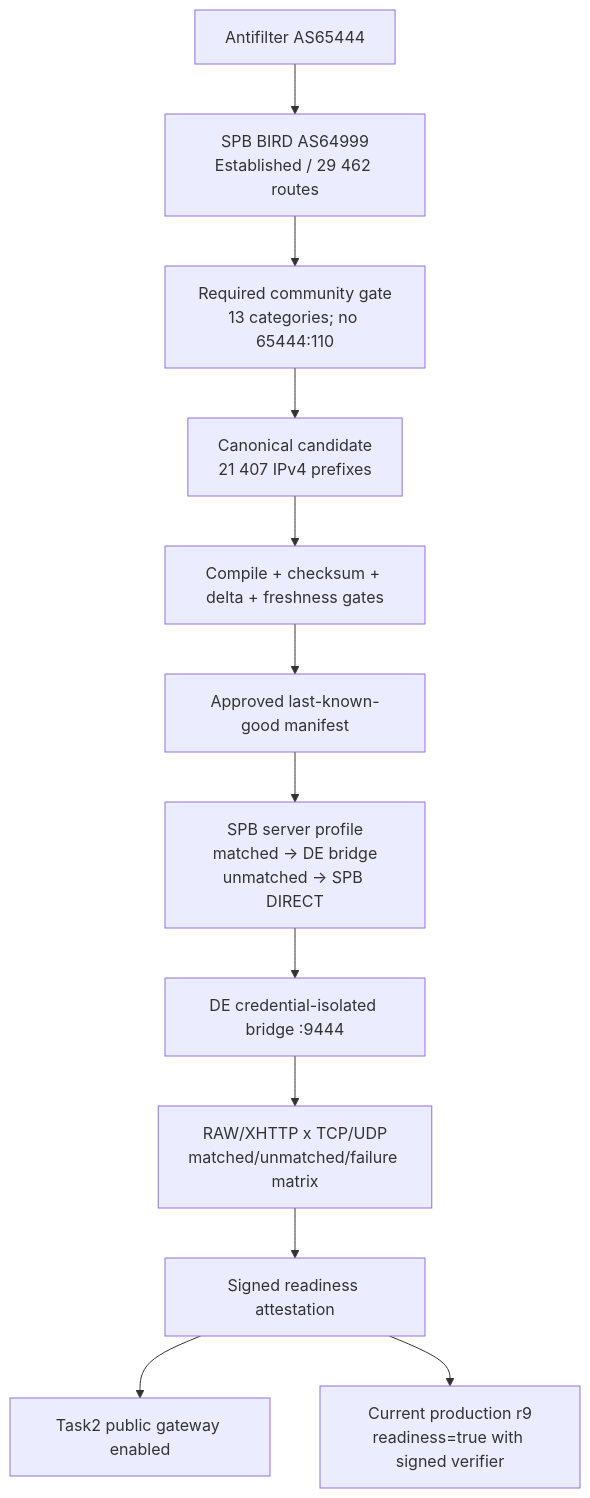
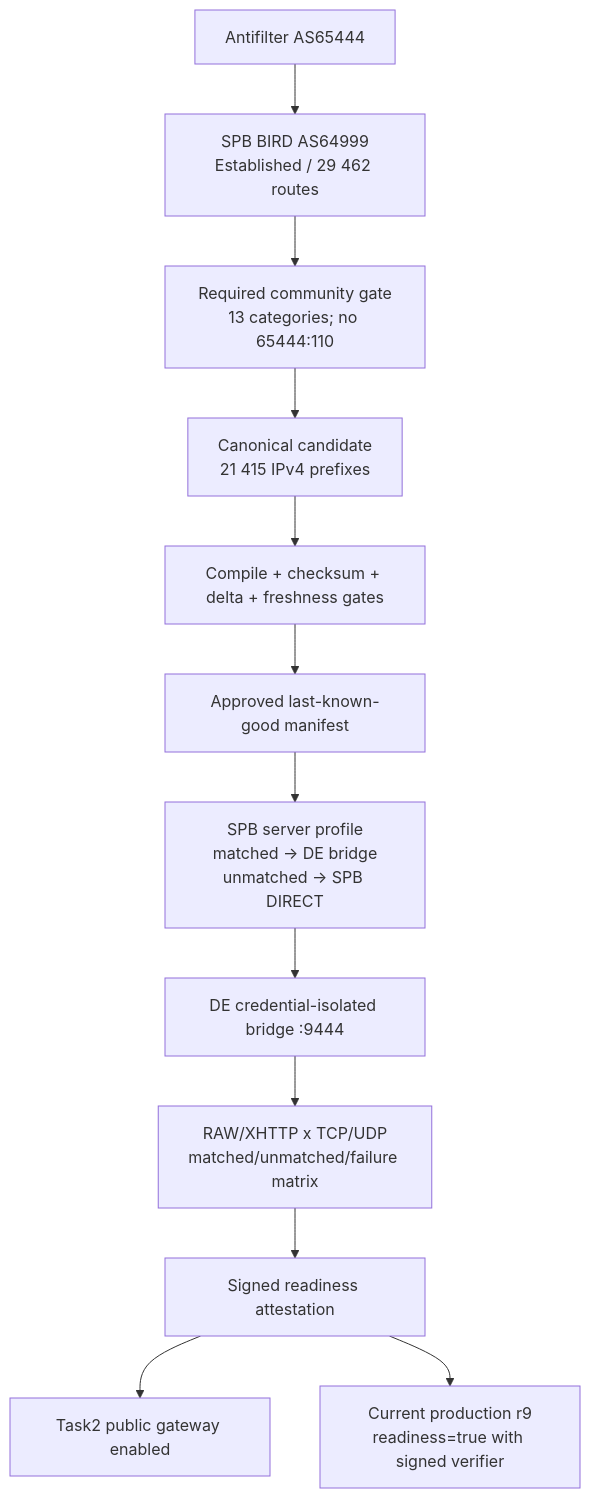
The third of 4 diagrams in docs/architecture/CYBERVPN_PREMIUM_SMART_RU_CURRENT_PRODUCTION_ARCHITECTURE.md (Beep206/CyberVPN), drawn with Mermaid before and after one commit. The commit also changed other lines of this file and 3 other files, not shown here.

````diff
--- a/docs/architecture/CYBERVPN_PREMIUM_SMART_RU_CURRENT_PRODUCTION_ARCHITECTURE.md
+++ b/docs/architecture/CYBERVPN_PREMIUM_SMART_RU_CURRENT_PRODUCTION_ARCHITECTURE.md
@@ -669,14 +670,14 @@
 ```mermaid
 flowchart TD
     AF["Antifilter AS65444"] --> BGP["SPB BIRD AS64999\nEstablished / 29 462 routes"]
     BGP --> PC["Required community gate\n13 categories; no 65444:110"]
-    PC --> CAN["Canonical candidate\n21 407 IPv4 prefixes"]
+    PC --> CAN["Canonical candidate\n21 415 IPv4 prefixes"]
     CAN --> CMP["Compile + checksum + delta + freshness gates"]
     CMP --> LKG["Approved last-known-good manifest"]
     LKG --> SPB["SPB server profile\nmatched -> DE bridge\nunmatched -> SPB DIRECT"]
     SPB --> DE["DE credential-isolated bridge :9444"]
     DE --> MAT["RAW/XHTTP x TCP/UDP\nmatched/unmatched/failure matrix"]
     MAT --> ATT["Signed readiness attestation"]
     ATT --> GW2["Task2 public gateway enabled"]
     ATT --> FC2["Current production r9\nreadiness=true with signed verifier"]
 ```
````
